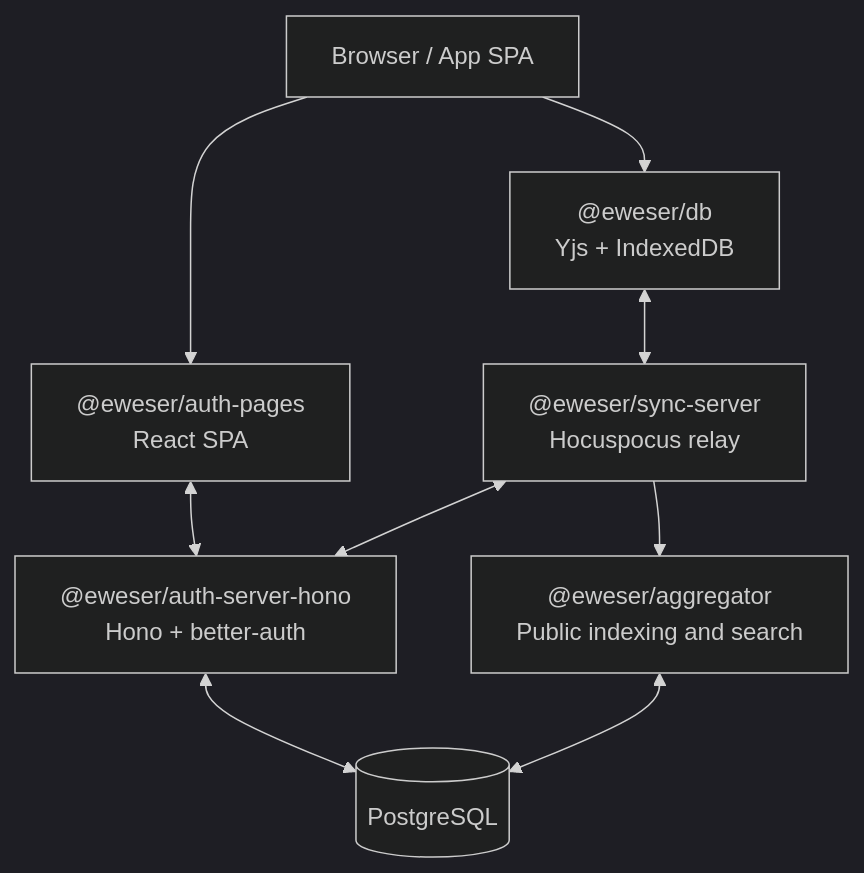
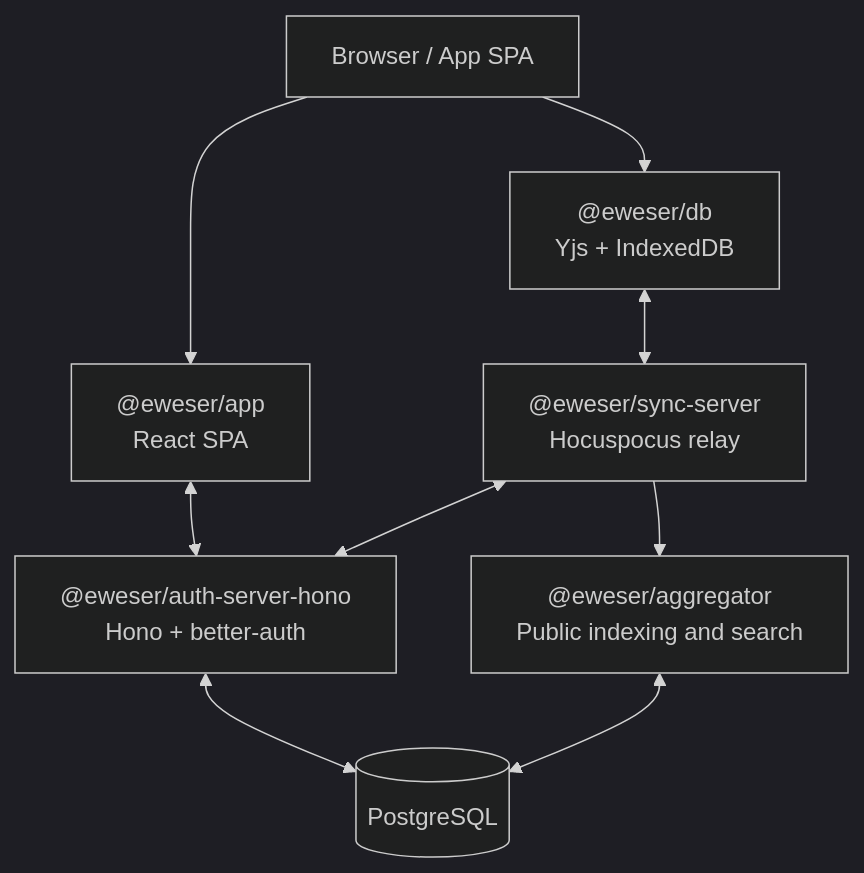
The diagram in ARCHITECTURE.md (eweser/eweser-db), drawn with Mermaid (dark theme) before and after one commit. The commit also changed other lines of this file and 124 other files, not shown here.

````diff
--- a/ARCHITECTURE.md
+++ b/ARCHITECTURE.md
@@ -11,19 +11,19 @@
 ```mermaid
 graph TD
   Browser["Browser / App SPA"]
   Db["@eweser/db<br/>Yjs + IndexedDB"]
-  AuthPages["@eweser/auth-pages<br/>React SPA"]
+  AuthPages["@eweser/app<br/>React SPA"]
   AuthApi["@eweser/auth-server-hono<br/>Hono + better-auth"]
   SyncServer["@eweser/sync-server<br/>Hocuspocus relay"]
   Aggregator["@eweser/aggregator<br/>Public indexing and search"]
   Postgres[("PostgreSQL")]
 
   Browser --> Db
   Browser --> AuthPages
   Db <--> SyncServer
   AuthPages <--> AuthApi
   SyncServer <--> AuthApi
   AuthApi <--> Postgres
   Aggregator <--> Postgres
   SyncServer --> Aggregator
 ```
````
